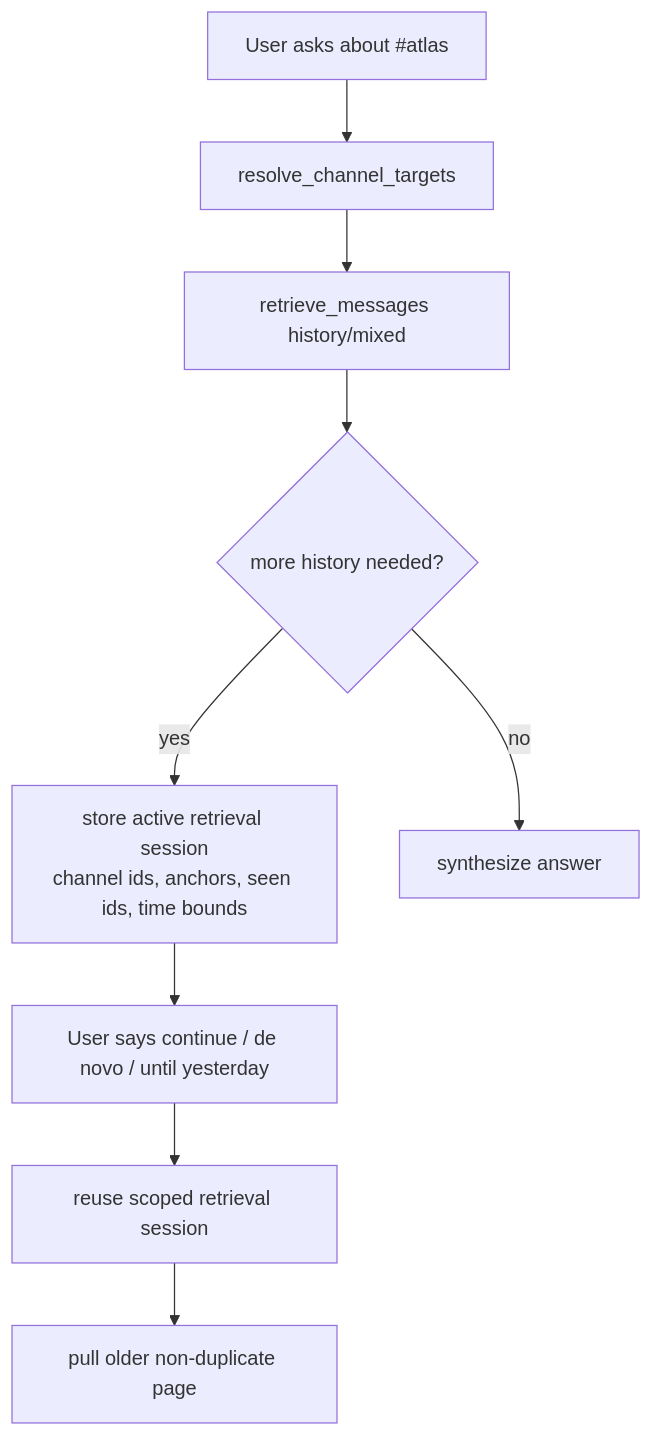
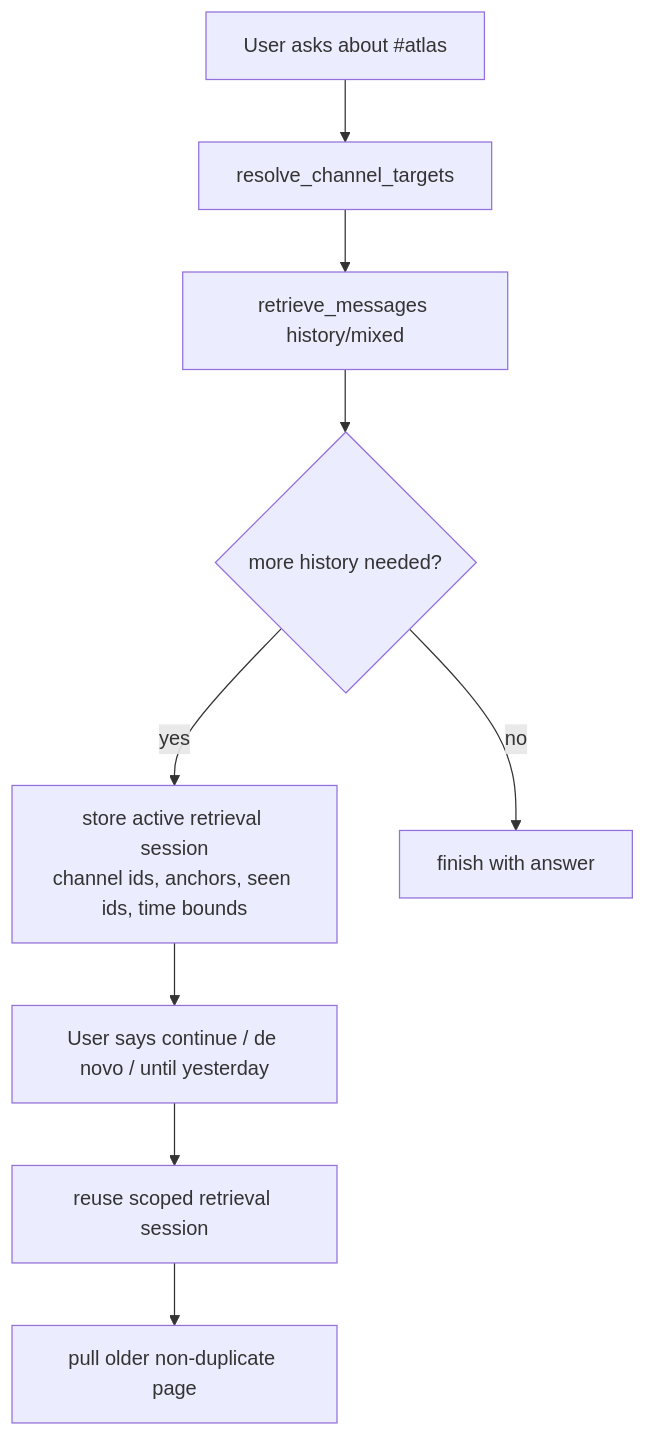
One commit to zF4ke/sophia changed the fifth of 6 diagrams in docs/how-sophia-works.md. Above: the diagram before and after it, drawn with Mermaid. The commit also changed other lines of this file and 93 other files, not shown here.

First line of the commit message:
major rearchitecture: unified agent loop, forensic retrieval, debug panel, and runtime improvements

````diff
--- a/docs/how-sophia-works.md
+++ b/docs/how-sophia-works.md
@@ -295,11 +227,11 @@
 ```mermaid
 flowchart TD
     A[User asks about #atlas] --> B[resolve_channel_targets]
     B --> C[retrieve_messages history/mixed]
     C --> D{more history needed?}
     D -->|yes| E[store active retrieval session\nchannel ids, anchors, seen ids, time bounds]
     E --> F[User says continue / de novo / until yesterday]
     F --> G[reuse scoped retrieval session]
     G --> H[pull older non-duplicate page]
-    D -->|no| I[synthesize answer]
+    D -->|no| I[finish with answer]
 ```
````
